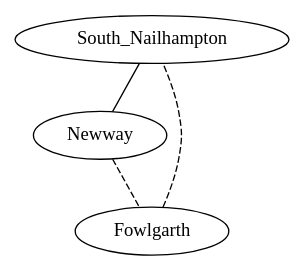
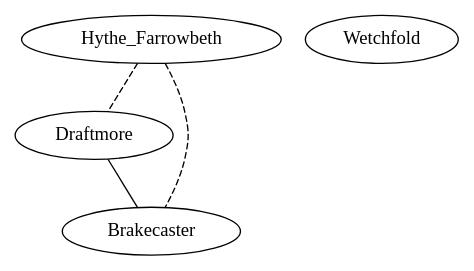
One commit to CodeLuaPro/oose_assignment_2 changed the diagram in simoutput.dot. Above: the diagram before and after it, drawn with Graphviz. The commit also changed 21 other files, not shown here.

```diff
--- a/simoutput.dot
+++ b/simoutput.dot
@@ -1,9 +1,10 @@
 graph Towns {
-South_Nailhampton
-Newway
-Fowlgarth
+Draftmore
+Brakecaster
+Hythe_Farrowbeth
+Wetchfold
 
-South_Nailhampton -- Newway 
-Fowlgarth -- South_Nailhampton [style="dashed"]
-Newway -- Fowlgarth [style="dashed"]
+Draftmore -- Brakecaster 
+Hythe_Farrowbeth -- Draftmore [style="dashed"]
+Hythe_Farrowbeth -- Brakecaster [style="dashed"]
 }
```
